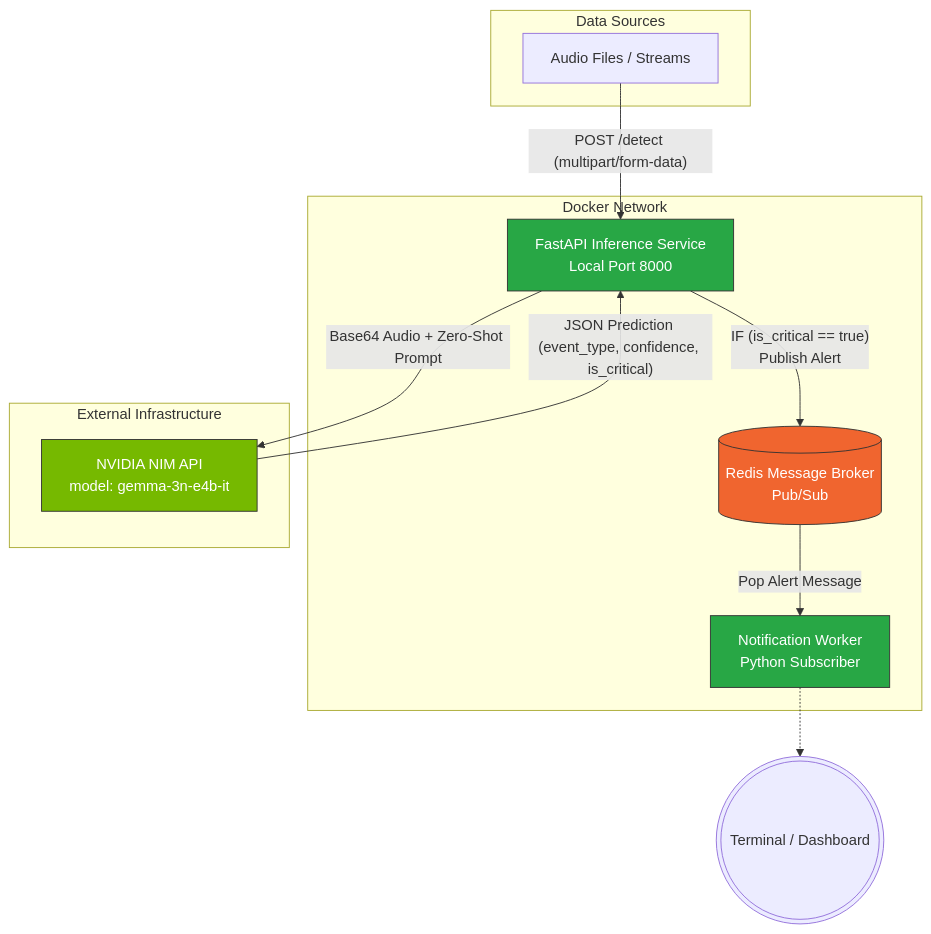
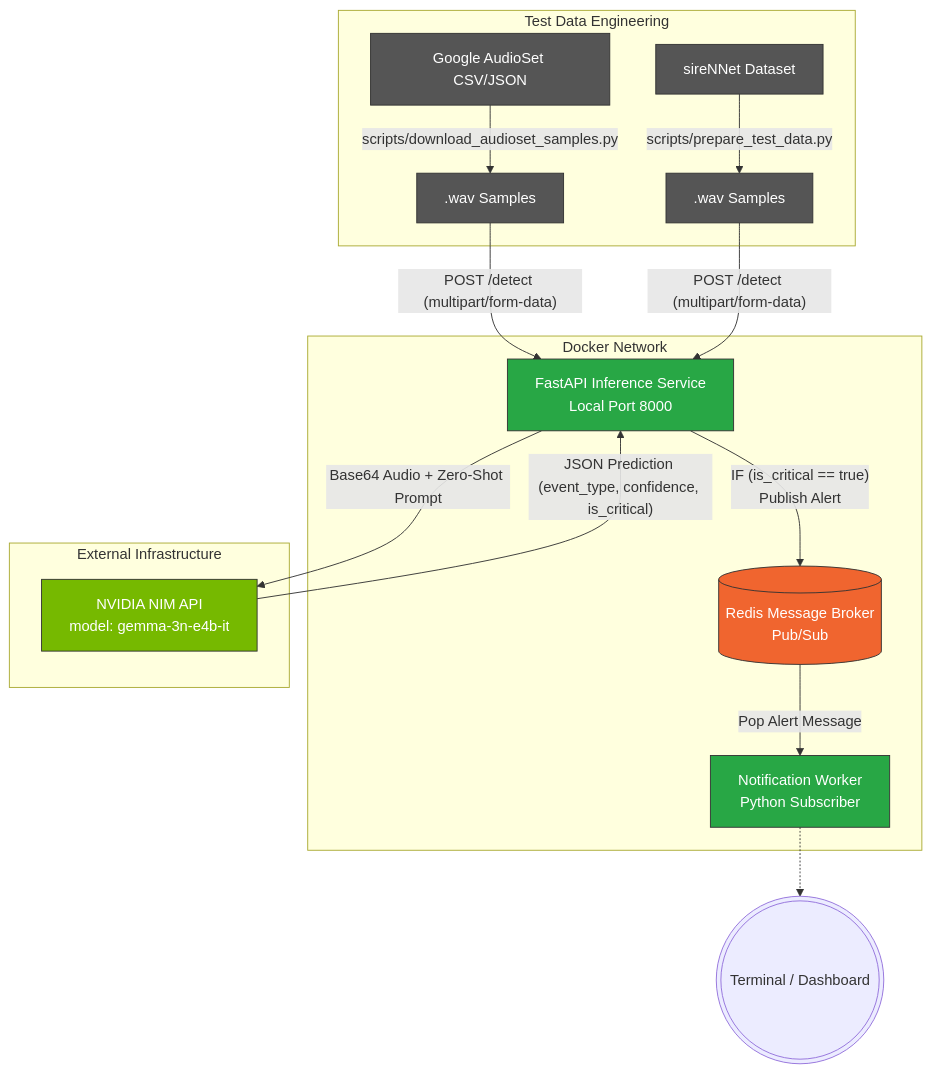
The diagram in README.md (Mohamedtahaahmedtaha/audio), drawn with Mermaid before and after one commit. The commit also changed other lines of this file, not shown here.

Commit message:
Update README with final architecture and Data Engineering details

````diff
--- a/README.md
+++ b/README.md
@@ -9,33 +9,36 @@
 ```mermaid
 flowchart TD
-    subgraph Data Sources
-        A[Audio Files / Streams]
+    subgraph Test Data Engineering
+        S1[Google AudioSet CSV/JSON] -- "scripts/download_audioset_samples.py" --> W1[.wav Samples]
+        S2[sireNNet Dataset] -- "scripts/prepare_test_data.py" --> W2[.wav Samples]
     end
 
     subgraph Docker Network
         B[FastAPI Inference Service\nLocal Port 8000]
         C[(Redis Message Broker\nPub/Sub)]
         D[Notification Worker\nPython Subscriber]
     end
 
     subgraph External Infrastructure
         E[NVIDIA NIM API\nmodel: gemma-3n-e4b-it]
     end
     
     %% Connections
-    A -- "POST /detect (multipart/form-data)" --> B
+    W1 & W2 -- "POST /detect (multipart/form-data)" --> B
     B -- "Base64 Audio + Zero-Shot Prompt" --> E
     E -- "JSON Prediction (event_type, confidence, is_critical)" --> B
     
     B -- "IF (is_critical == true)\nPublish Alert" --> C
     C -- "Pop Alert Message" --> D
     
     D -.-> F(((Terminal / Dashboard)))
 
     classDef external fill:#76b900,color:#fff,stroke:#333;
     class E external;
     classDef infra fill:#f0652f,color:#fff,stroke:#333;
     class C infra;
     classDef service fill:#28a745,color:#fff,stroke:#333;
     class B,D service;
+    classDef engineering fill:#555,color:#fff,stroke:#333;
+    class S1,S2,W1,W2 engineering;
 ```
````
